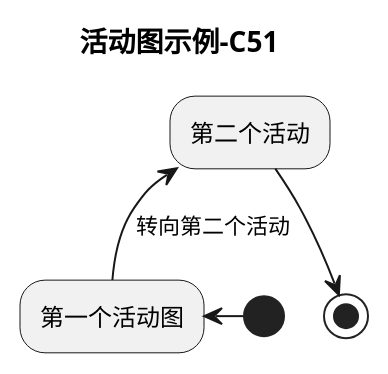
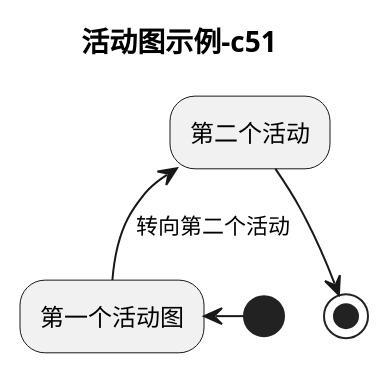
Before and after one commit to securitgithub/plantumlforvscode: the first of 2 diagrams in examples/06_activity_charts.puml, drawn with PlantUML. The commit also changed other lines of this file and 43 other files, not shown here.

```diff
--- a/examples/06_activity_charts.puml
+++ b/examples/06_activity_charts.puml
@@ -1,7 +1,7 @@
 @startuml
-title 活动图示例-C51
+title 活动图示例-c51
 
 (*top) -left-> "第一个活动图" as c
 c -up-> [转向第二个活动] "第二个活动" as d
 d -do-> (*)
 @enduml
```
